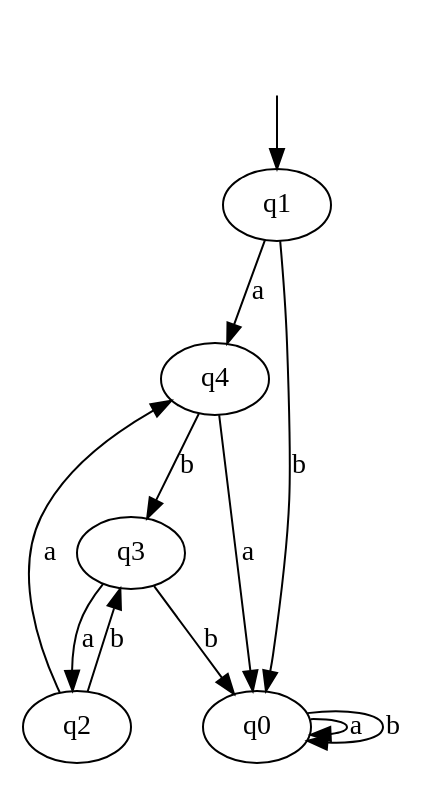
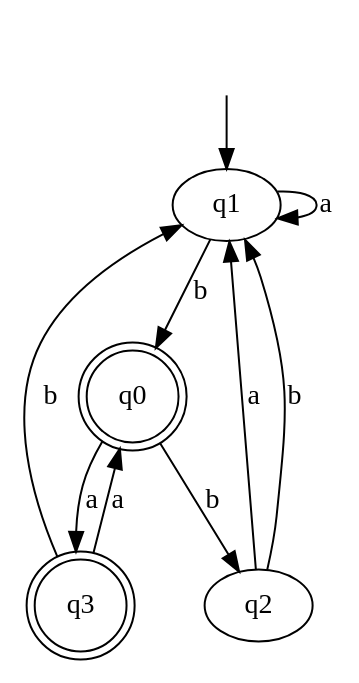
One commit to Joshua-Latusia/Formele-methode changed the diagram in FormeleMethode/graphviz/dotfiles/MinDfaExample2.dot. Above: the diagram before and after it, drawn with Graphviz. The commit also changed 22 other files, not shown here.

```diff
--- a/FormeleMethode/graphviz/dotfiles/MinDfaExample2.dot
+++ b/FormeleMethode/graphviz/dotfiles/MinDfaExample2.dot
@@ -1,15 +1,15 @@
 digraph { 
  "" [shape=none]
+ "q0" [shape=doublecircle]
+ "q3" [shape=doublecircle]
 
  "" -> "q1"
- "q1" -> "q4"[label="a", weight="a"]; 
- "q4" -> "q0"[label="a", weight="a"]; 
- "q4" -> "q3"[label="b", weight="b"]; 
- "q3" -> "q2"[label="a", weight="a"]; 
- "q2" -> "q4"[label="a", weight="a"]; 
- "q2" -> "q3"[label="b", weight="b"]; 
- "q3" -> "q0"[label="b", weight="b"]; 
+ "q1" -> "q1"[label="a", weight="a"]; 
  "q1" -> "q0"[label="b", weight="b"]; 
- "q0" -> "q0"[label="a", weight="a"]; 
- "q0" -> "q0"[label="b", weight="b"]; 
+ "q0" -> "q3"[label="a", weight="a"]; 
+ "q3" -> "q0"[label="a", weight="a"]; 
+ "q3" -> "q1"[label="b", weight="b"]; 
+ "q0" -> "q2"[label="b", weight="b"]; 
+ "q2" -> "q1"[label="a", weight="a"]; 
+ "q2" -> "q1"[label="b", weight="b"]; 
 }
```
